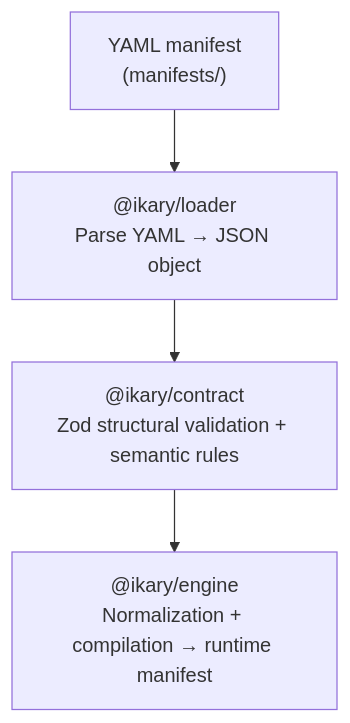
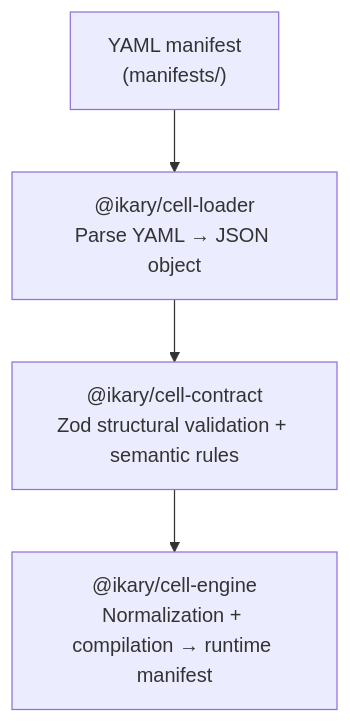
Before and after one commit to ikary-platform/ikary-manifest: the first of 2 diagrams in README.md, drawn with Mermaid. The commit also changed other lines of this file and 1504 other files, not shown here.

````diff
--- a/README.md
+++ b/README.md
@@ -105,6 +121,6 @@
 ```mermaid
 flowchart TD
-    M["YAML manifest<br/>(manifests/)"] --> L["@ikary/loader<br/>Parse YAML → JSON object"]
-    L --> C["@ikary/contract<br/>Zod structural validation + semantic rules"]
-    C --> E["@ikary/engine<br/>Normalization + compilation → runtime manifest"]
+    M["YAML manifest<br/>(manifests/)"] --> L["@ikary/cell-loader<br/>Parse YAML → JSON object"]
+    L --> C["@ikary/cell-contract<br/>Zod structural validation + semantic rules"]
+    C --> E["@ikary/cell-engine<br/>Normalization + compilation → runtime manifest"]
 ```
````
